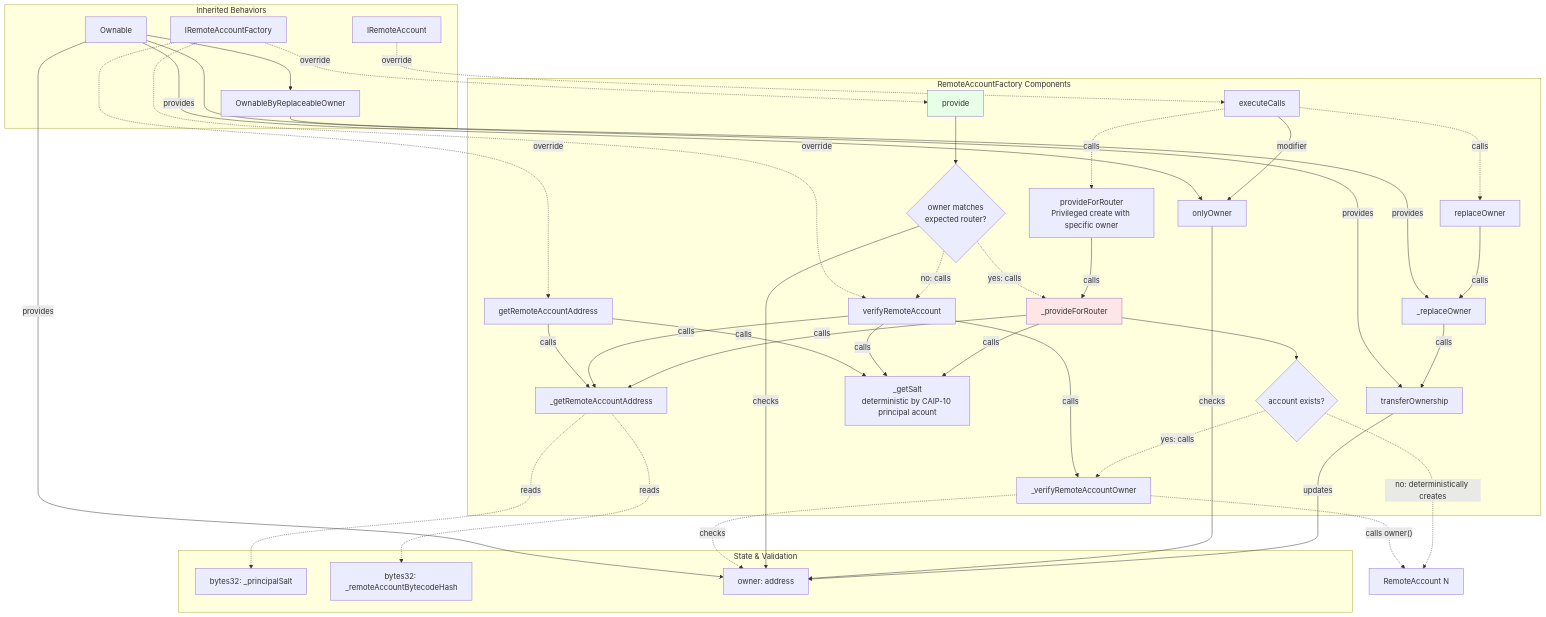
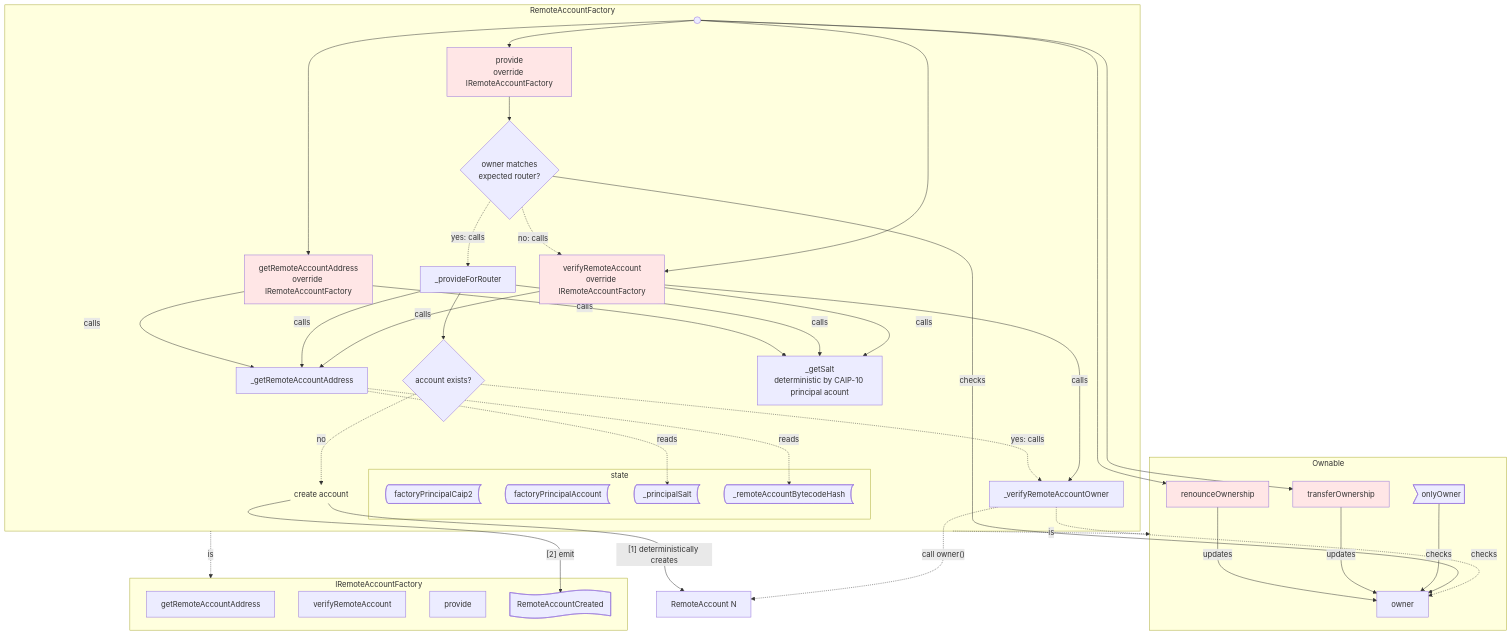
One commit to agoric-labs/agoric-to-axelar-local changed the fifth of 8 diagrams in packages/axelar-local-dev-cosmos/src/contracts/design.md. Above: the diagram before and after it, drawn with Mermaid. The commit also changed other lines of this file, not shown here.

Commit message:
Update diagrams for #65

````diff
--- a/packages/axelar-local-dev-cosmos/src/contracts/design.md
+++ b/packages/axelar-local-dev-cosmos/src/contracts/design.md
@@ -212,74 +243,71 @@
 ```mermaid
 graph TB
-    subgraph "Inherited Behaviors"
-        Ownable
-        OwnableByReplaceableOwner
-        IRemoteAccount
-        IRemoteAccountFactory
+    subgraph Ownable
+        owner
+        transferOwnership
+        renounceOwnership
+        %% modifiers
+        onlyOwner@{shape: odd}
+    end
+    subgraph IRemoteAccountFactory
+        IRemoteAccountFactory_getRemoteAccountAddress[getRemoteAccountAddress]
+        IRemoteAccountFactory_verifyRemoteAccount[verifyRemoteAccount]
+        IRemoteAccountFactory_provide[provide]
+        %% events
+        RemoteAccountCreated@{shape: flag}
     end
 
-    subgraph "RemoteAccountFactory Components"
-        getRemoteAccountAddress
+    subgraph RemoteAccountFactory
+        START@{shape: start}
+        getRemoteAccountAddress["getRemoteAccountAddress<br>override IRemoteAccountFactory"]
         _getRemoteAccountAddress
 
-        verifyRemoteAccount
+        verifyRemoteAccount["verifyRemoteAccount<br>override IRemoteAccountFactory"]
         _verifyRemoteAccountOwner
 
-        provide
+        provide["provide<br>override IRemoteAccountFactory"]
         SAME_OWNER{owner matches<br>expected router?}
         _provideForRouter
         ACCOUNT_EXISTS{account exists?}
-        provideForRouter[provideForRouter<br>Privileged create with specific owner]
+        MAKE_ACCOUNT@{shape: text, label: "create account"}
 
         _getSalt[_getSalt<br>deterministic by CAIP-10 principal acount]
-
-        executeCalls
-        replaceOwner
-        _replaceOwner
-        onlyOwner
-        transferOwnership
-    end
-    
-    subgraph "State & Validation"
-        _principalSalt[bytes32: _principalSalt]
-        _remoteAccountBytecodeHash[bytes32: _remoteAccountBytecodeHash]
-        owner[owner: address]
+        subgraph state
+            factoryPrincipalCaip2@{shape: stored-data}
+            factoryPrincipalAccount@{shape: stored-data}
+            _principalSalt@{shape: stored-data}
+            _remoteAccountBytecodeHash@{shape: stored-data}
+        end
     end
     
     RAn[RemoteAccount N]
     
     %% inheritance
-    IRemoteAccount -.->|override| executeCalls
-    IRemoteAccountFactory -.->|override| getRemoteAccountAddress
-    IRemoteAccountFactory -.->|override| verifyRemoteAccount
-    IRemoteAccountFactory -.->|override| provide
-    Ownable --> OwnableByReplaceableOwner
-    OwnableByReplaceableOwner -->|provides| _replaceOwner
-    Ownable -->|provides| onlyOwner
-    Ownable -->|provides| transferOwnership
-    Ownable -->|provides| owner
+    RemoteAccountFactory -.->|is| Ownable
+    RemoteAccountFactory -.->|is| IRemoteAccountFactory
     
     %% operation
-    getRemoteAccountAddress -->|calls| _getSalt
-    getRemoteAccountAddress -->|calls| _getRemoteAccountAddress
+    START --> provide
+    START --> verifyRemoteAccount
+    START --> getRemoteAccountAddress
+    START --> transferOwnership
+    START --> renounceOwnership
+    provide --> SAME_OWNER
+    SAME_OWNER -.->|no: calls| verifyRemoteAccount
+    SAME_OWNER -.->|yes: calls| _provideForRouter
     verifyRemoteAccount -->|calls| _getSalt
     verifyRemoteAccount -->|calls| _getRemoteAccountAddress
     verifyRemoteAccount -->|calls| _verifyRemoteAccountOwner
-    _verifyRemoteAccountOwner -.->|"calls owner()"| RAn
-    provide --> SAME_OWNER
-    SAME_OWNER -.->|no: calls| verifyRemoteAccount
-    SAME_OWNER -.->|yes: calls| _provideForRouter
+    _verifyRemoteAccountOwner -.->|"call owner()"| RAn
     _provideForRouter -->|calls| _getSalt
     _provideForRouter -->|calls| _getRemoteAccountAddress
     _provideForRouter --> ACCOUNT_EXISTS
     ACCOUNT_EXISTS -.->|yes: calls| _verifyRemoteAccountOwner
-    ACCOUNT_EXISTS -.->|no: deterministically creates| RAn
-    provideForRouter -->|calls| _provideForRouter
-    executeCalls -->|modifier| onlyOwner
-    executeCalls -.->|calls| replaceOwner
-    executeCalls -.->|calls| provideForRouter
-    replaceOwner -->|calls| _replaceOwner
-    _replaceOwner -->|calls| transferOwnership
+    ACCOUNT_EXISTS -.->|no| MAKE_ACCOUNT
+    MAKE_ACCOUNT -->|"[1] deterministically creates"| RAn
+    MAKE_ACCOUNT -->|"[2] emit"| RemoteAccountCreated
+    getRemoteAccountAddress -->|calls| _getSalt
+    getRemoteAccountAddress -->|calls| _getRemoteAccountAddress
     
     %% state access
     _getRemoteAccountAddress -.->|reads| _principalSalt
@@ -288,7 +316,11 @@
     SAME_OWNER -->|checks| owner
     onlyOwner -->|checks| owner
     transferOwnership -->|updates| owner
+    renounceOwnership -->|updates| owner
     
-    style provide fill:#e6ffe6
-    style _provideForRouter fill:#ffe6e6
+    style provide fill:#ffe6e6
+    style verifyRemoteAccount fill:#ffe6e6
+    style getRemoteAccountAddress fill:#ffe6e6
+    style transferOwnership fill:#ffe6e6
+    style renounceOwnership fill:#ffe6e6
 ```
````
